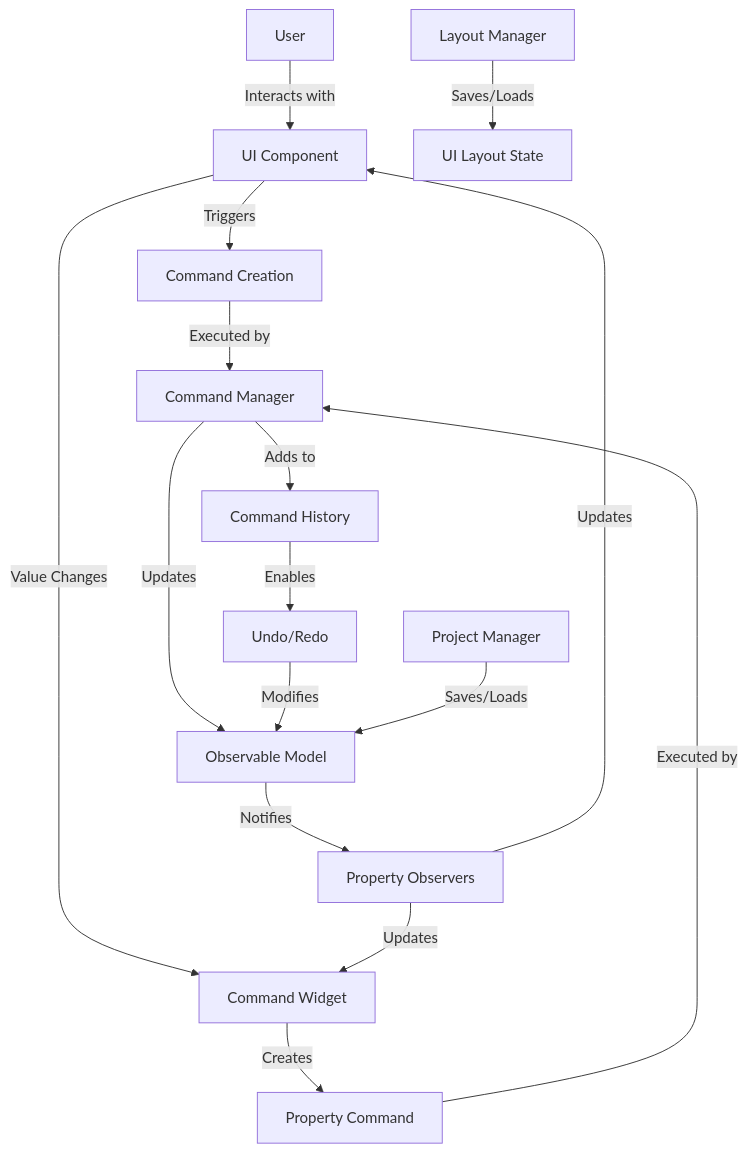
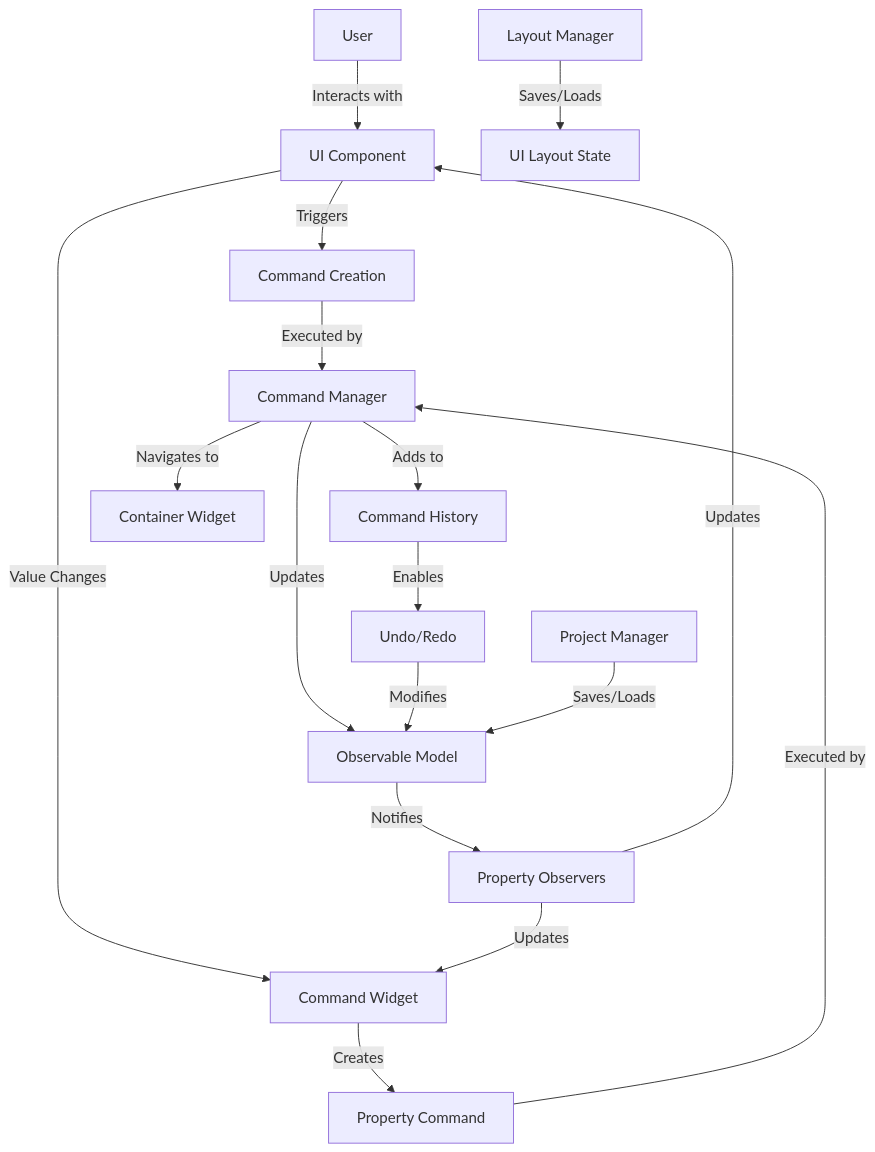
The first of 3 diagrams in command_system/docs/explanation.md (maro7tigre/PySignalDecipher), drawn with Mermaid before and after one commit. The commit also changed other lines of this file and 17 other files, not shown here.

````diff
--- a/command_system/docs/explanation.md
+++ b/command_system/docs/explanation.md
@@ -7,19 +7,20 @@
 ```mermaid
 flowchart TD
     User[User] -- "Interacts with" --> UI[UI Component]
     UI -- "Triggers" --> Command[Command Creation]
     UI -- "Value Changes" --> CmdWidget[Command Widget]
     CmdWidget -- "Creates" --> PropCmd[Property Command]
     Command -- "Executed by" --> CmdMgr[Command Manager]
     PropCmd -- "Executed by" --> CmdMgr
     CmdMgr -- "Updates" --> Model[Observable Model]
     Model -- "Notifies" --> Observer[Property Observers]
     Observer -- "Updates" --> UI
     Observer -- "Updates" --> CmdWidget
     CmdMgr -- "Adds to" --> History[Command History]
     History -- "Enables" --> UndoRedo[Undo/Redo]
     UndoRedo -- "Modifies" --> Model
+    CmdMgr -- "Navigates to" --> Container[Container Widget]
     
     Project[Project Manager] -- "Saves/Loads" --> Model
     Layout[Layout Manager] -- "Saves/Loads" --> UIState[UI Layout State]
 ```
````
